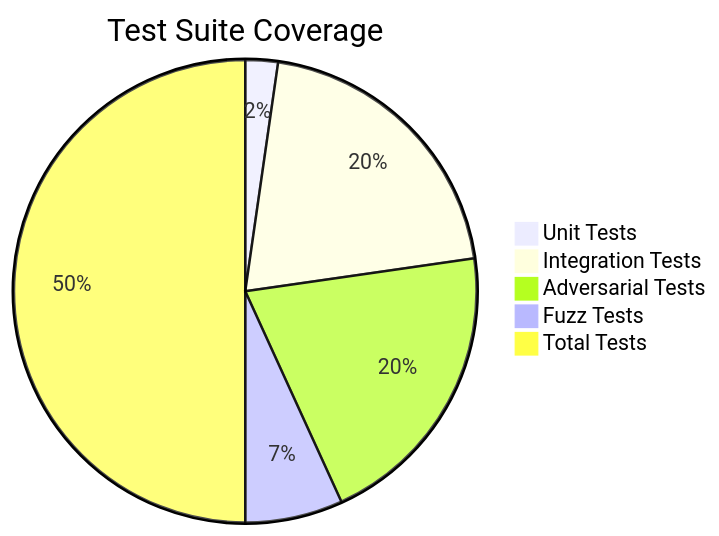
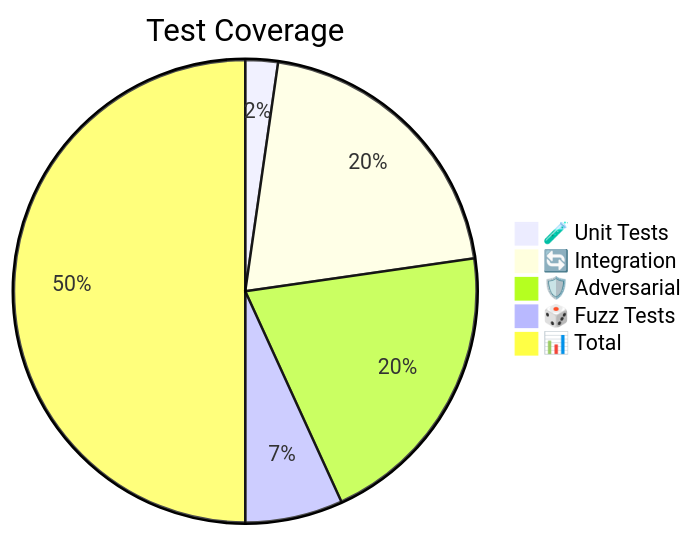
One commit to apeaircreative/olympics-prediction-oracle changed the diagram in contracts/TESTING.md. Above: the diagram before and after it, drawn with Mermaid. The commit also changed 4 other files, not shown here.

First line of the commit message:
Apply visual design principles to all Mermaid diagrams

````diff
--- a/contracts/TESTING.md
+++ b/contracts/TESTING.md
@@ -11,8 +11,8 @@
 ```mermaid
-pie title Test Suite Coverage
-    "Unit Tests " : 1
-    "Integration Tests " : 9
-    "Adversarial Tests " : 9
-    "Fuzz Tests " : 3
-    "Total Tests" : 22
+pie title Test Coverage
+    "🧪 Unit Tests" : 1
+    "🔄 Integration" : 9
+    "🛡️ Adversarial" : 9
+    "🎲 Fuzz Tests" : 3
+    "📊 Total" : 22
 ```
````
